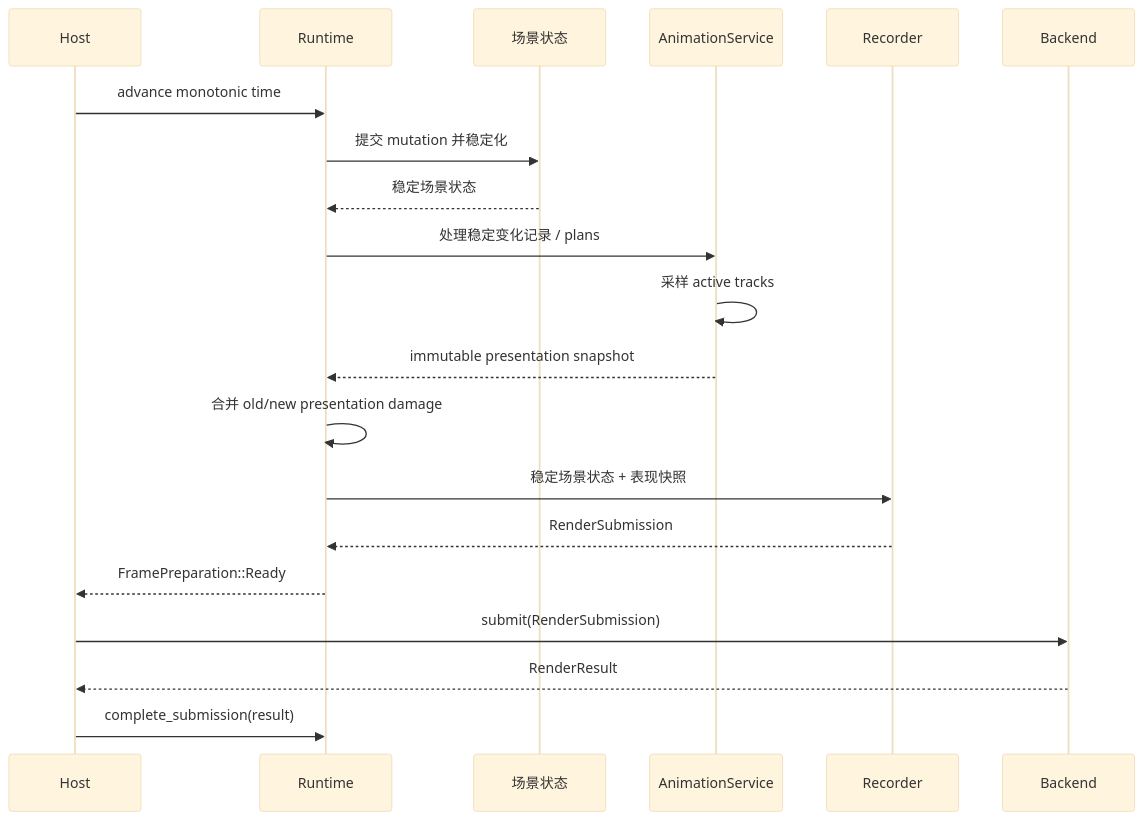
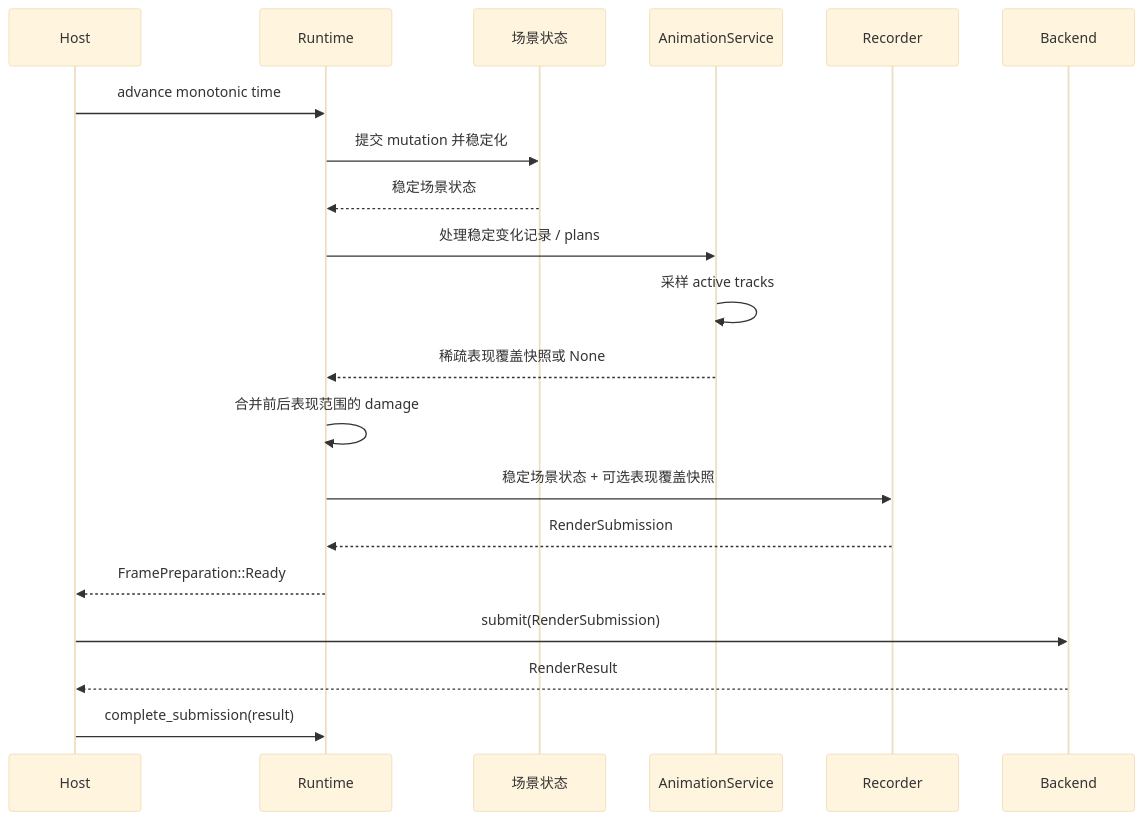
The third of 3 diagrams in engine/wasm_rust/novadraw/book/internals/src/08-animation-and-presentation.md (yezhang/novadraw), drawn with Mermaid (base theme) before and after one commit. The commit also changed other lines of this file and 21 other files, not shown here.

````diff
--- a/engine/wasm_rust/novadraw/book/internals/src/08-animation-and-presentation.md
+++ b/engine/wasm_rust/novadraw/book/internals/src/08-animation-and-presentation.md
@@ -188,23 +203,23 @@
 ```mermaid
 sequenceDiagram
     participant Host
     participant Runtime
     participant Scene as 场景状态
     participant Animation as AnimationService
     participant Recorder
     participant Backend
 
     Host->>Runtime: advance monotonic time
     Runtime->>Scene: 提交 mutation 并稳定化
     Scene-->>Runtime: 稳定场景状态
     Runtime->>Animation: 处理稳定变化记录 / plans
     Animation->>Animation: 采样 active tracks
-    Animation-->>Runtime: immutable presentation snapshot
-    Runtime->>Runtime: 合并 old/new presentation damage
-    Runtime->>Recorder: 稳定场景状态 + 表现快照
+    Animation-->>Runtime: 稀疏表现覆盖快照或 None
+    Runtime->>Runtime: 合并前后表现范围的 damage
+    Runtime->>Recorder: 稳定场景状态 + 可选表现覆盖快照
     Recorder-->>Runtime: RenderSubmission
     Runtime-->>Host: FramePreparation::Ready
     Host->>Backend: submit(RenderSubmission)
     Backend-->>Host: RenderResult
     Host->>Runtime: complete_submission(result)
 ```
````
